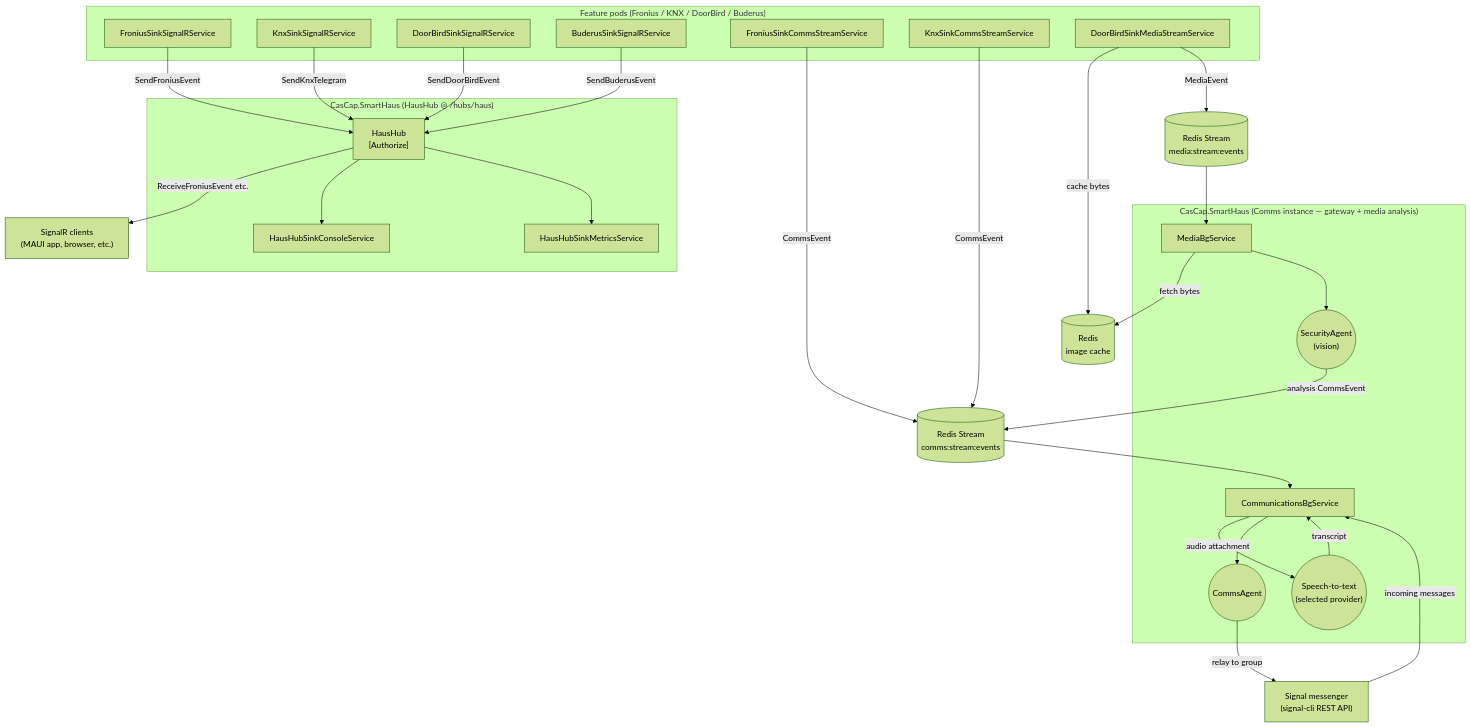
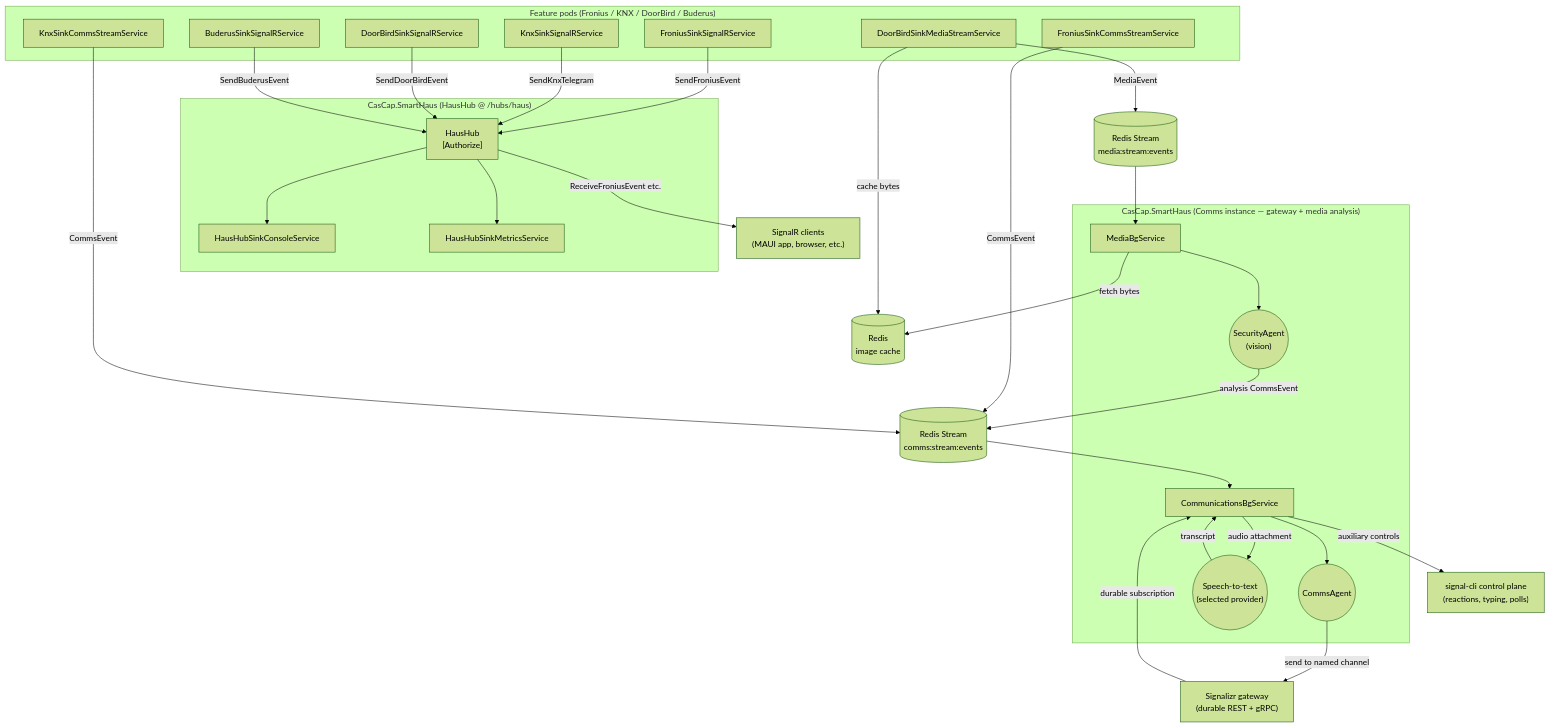
The first of 2 diagrams in README.md (f2calv/SmartHaus), drawn with Mermaid (forest theme) before and after one commit. The commit also changed other lines of this file and 21 other files, not shown here.

First line of the commit message:
feat(comms): adopt Signalizr core transport

````diff
--- a/README.md
+++ b/README.md
@@ -143,61 +143,63 @@
 ```mermaid
 flowchart TD
     subgraph FeaturePods["Feature pods (Fronius / KNX / DoorBird / Buderus)"]
         FRONIUS_SINK["FroniusSinkSignalRService"]
         KNX_SINK["KnxSinkSignalRService"]
         DOORBIRD_SINK["DoorBirdSinkSignalRService"]
         BUDERUS_SINK["BuderusSinkSignalRService"]
         FRONIUS_COMMS["FroniusSinkCommsStreamService"]
         KNX_COMMS["KnxSinkCommsStreamService"]
         DOORBIRD_MEDIA["DoorBirdSinkMediaStreamService"]
     end
 
     subgraph Hub["CasCap.SmartHaus (HausHub @ /hubs/haus)"]
         HAUSHUB["HausHub\n[Authorize]"]
         HUB_CONSOLE["HausHubSinkConsoleService"]
         HUB_METRICS["HausHubSinkMetricsService"]
     end
 
     subgraph Comms["CasCap.SmartHaus (Comms instance — gateway + media analysis)"]
         COMMS_BG["CommunicationsBgService"]
         COMMS_AGENT(("CommsAgent"))
         STT(("Speech-to-text\n(selected provider)"))
         MEDIA_BG["MediaBgService"]
         SECURITY_AGENT(("SecurityAgent\n(vision)"))
     end
 
     MEDIA_STREAM[("Redis Stream\nmedia:stream:events")]
     COMMS_STREAM[("Redis Stream\ncomms:stream:events")]
     REDIS_CACHE[("Redis\nimage cache")]
     CLIENTS["SignalR clients\n(MAUI app, browser, etc.)"]
-    SIGNALCLI["Signal messenger\n(signal-cli REST API)"]
+    SIGNALIZR["Signalizr gateway\n(durable REST + gRPC)"]
+    SIGNALCLI["signal-cli control plane\n(reactions, typing, polls)"]
 
     %% SignalR path
     FRONIUS_SINK -->|SendFroniusEvent| HAUSHUB
     KNX_SINK -->|SendKnxTelegram| HAUSHUB
     DOORBIRD_SINK -->|SendDoorBirdEvent| HAUSHUB
     BUDERUS_SINK -->|SendBuderusEvent| HAUSHUB
     HAUSHUB -->|ReceiveFroniusEvent etc.| CLIENTS
     HAUSHUB --> HUB_CONSOLE
     HAUSHUB --> HUB_METRICS
 
     %% Comms stream path (text events)
     FRONIUS_COMMS -->|CommsEvent| COMMS_STREAM
     KNX_COMMS -->|CommsEvent| COMMS_STREAM
 
     %% Media stream path (binary media)
     DOORBIRD_MEDIA -->|cache bytes| REDIS_CACHE
     DOORBIRD_MEDIA -->|MediaEvent| MEDIA_STREAM
     MEDIA_STREAM --> MEDIA_BG
     MEDIA_BG -->|fetch bytes| REDIS_CACHE
     MEDIA_BG --> SECURITY_AGENT
     SECURITY_AGENT -->|analysis CommsEvent| COMMS_STREAM
 
     %% CommsAgent gateway
     COMMS_STREAM --> COMMS_BG
     COMMS_BG -->|audio attachment| STT
     STT -->|transcript| COMMS_BG
     COMMS_BG --> COMMS_AGENT
-    COMMS_AGENT -->|relay to group| SIGNALCLI
-    SIGNALCLI -->|incoming messages| COMMS_BG
+    COMMS_AGENT -->|send to named channel| SIGNALIZR
+    SIGNALIZR -->|durable subscription| COMMS_BG
+    COMMS_BG -->|auxiliary controls| SIGNALCLI
 ```
````
